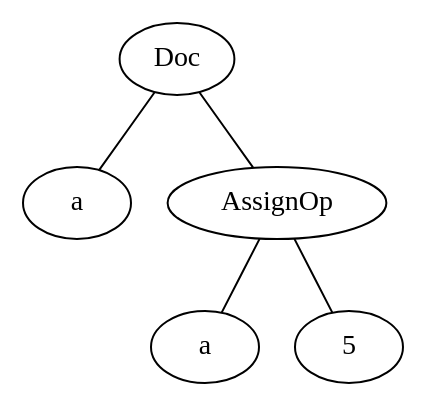
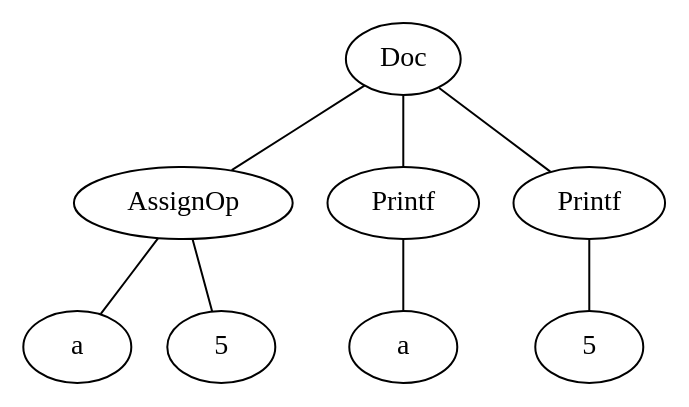
Before and after one commit to manomarichal/project-compilers: the diagram in test_IO/result.dot, drawn with Graphviz. The commit also changed 13 other files, not shown here.

```diff
--- a/test_IO/result.dot
+++ b/test_IO/result.dot
@@ -1,11 +1,17 @@
 graph G {
 1 [label=Doc];
-2 [label=a];
+2 [label=AssignOp];
+3 [label=a];
+2 -- 3;
+4 [label=5];
+2 -- 4;
 1 -- 2;
-3 [label=AssignOp];
-4 [label=a];
-3 -- 4;
-5 [label=5];
-3 -- 5;
-1 -- 3;
+5 [label=Printf];
+6 [label=a];
+5 -- 6;
+1 -- 5;
+7 [label=Printf];
+8 [label=5];
+7 -- 8;
+1 -- 7;
 }
```
